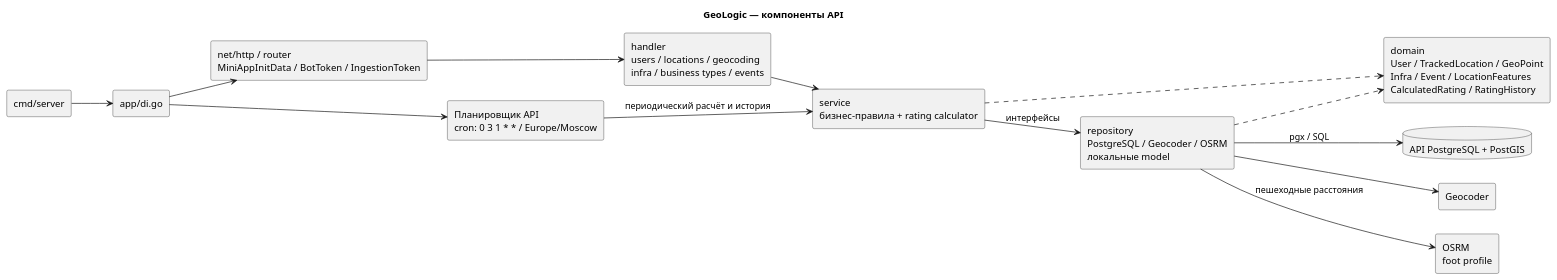
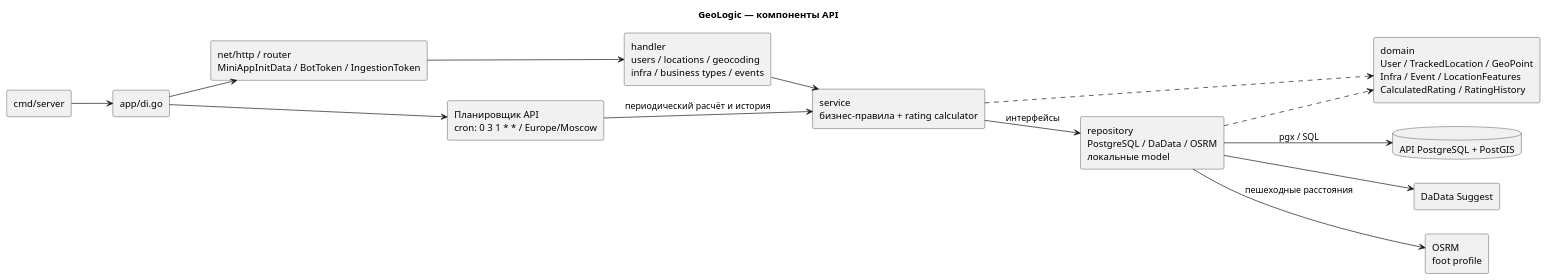
Before and after one commit to kotafan1rich/GeoLogic-Monitor: the diagram in docs/diagrams/src/c4-components.puml, drawn with PlantUML. The commit also changed 12 other files, not shown here.

```diff
--- a/docs/diagrams/src/c4-components.puml
+++ b/docs/diagrams/src/c4-components.puml
@@ -1,29 +1,29 @@
 @startuml c4-components
 title GeoLogic — компоненты API
 left to right direction
 skinparam componentStyle rectangle
 skinparam shadowing false
 rectangle "cmd/server" as main
 rectangle "app/di.go" as di
 rectangle "net/http / router\nMiniAppInitData / BotToken / IngestionToken" as server
 rectangle "handler\nusers / locations / geocoding\ninfra / business types / events" as handler
 rectangle "service\nбизнес-правила + rating calculator" as service
-rectangle "repository\nPostgreSQL / Geocoder / OSRM\nлокальные model" as repo
+rectangle "repository\nPostgreSQL / DaData / OSRM\nлокальные model" as repo
 rectangle "domain\nUser / TrackedLocation / GeoPoint\nInfra / Event / LocationFeatures\nCalculatedRating / RatingHistory" as domain
 database "API PostgreSQL + PostGIS" as db
 rectangle "Планировщик API\ncron: 0 3 1 * * / Europe/Moscow" as scheduler
-rectangle Geocoder as geo
+rectangle "DaData Suggest" as geo
 rectangle "OSRM\nfoot profile" as osrm
 main --> di
 di --> scheduler
 scheduler --> service : периодический расчёт и история
 di --> server
 server --> handler
 handler --> service
 service --> repo : интерфейсы
 service ..> domain
 repo ..> domain
 repo --> db : pgx / SQL
 repo --> geo
 repo --> osrm : пешеходные расстояния
 @enduml
```
